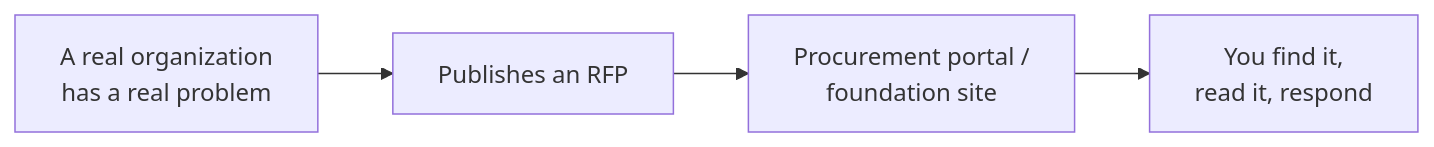
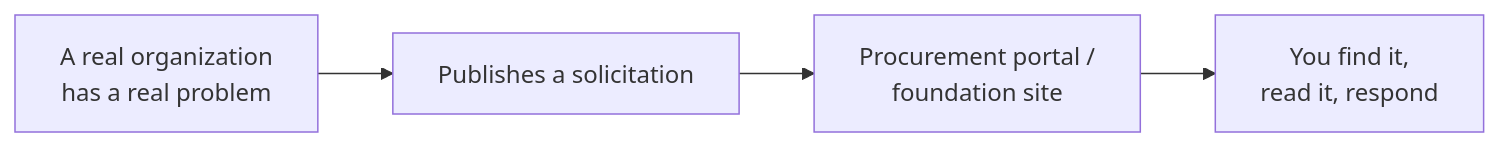
The first of 2 diagrams in apps/marketplace/content/tutorials/civics-and-agentic-ai/00-zooming-out-to-the-city.md (AutoNateAI/roblox-gamelab-2), drawn with Mermaid before and after one commit. The commit also changed other lines of this file and 130 other files, not shown here.

````diff
--- a/apps/marketplace/content/tutorials/civics-and-agentic-ai/00-zooming-out-to-the-city.md
+++ b/apps/marketplace/content/tutorials/civics-and-agentic-ai/00-zooming-out-to-the-city.md
@@ -38,6 +79,6 @@
 ```mermaid
 flowchart LR
-  Problem["A real organization<br/>has a real problem"] --> Publish["Publishes an RFP"]
+  Problem["A real organization<br/>has a real problem"] --> Publish["Publishes a solicitation"]
   Publish --> Portal["Procurement portal /<br/>foundation site"]
   Portal --> You["You find it,<br/>read it, respond"]
 ```
````
